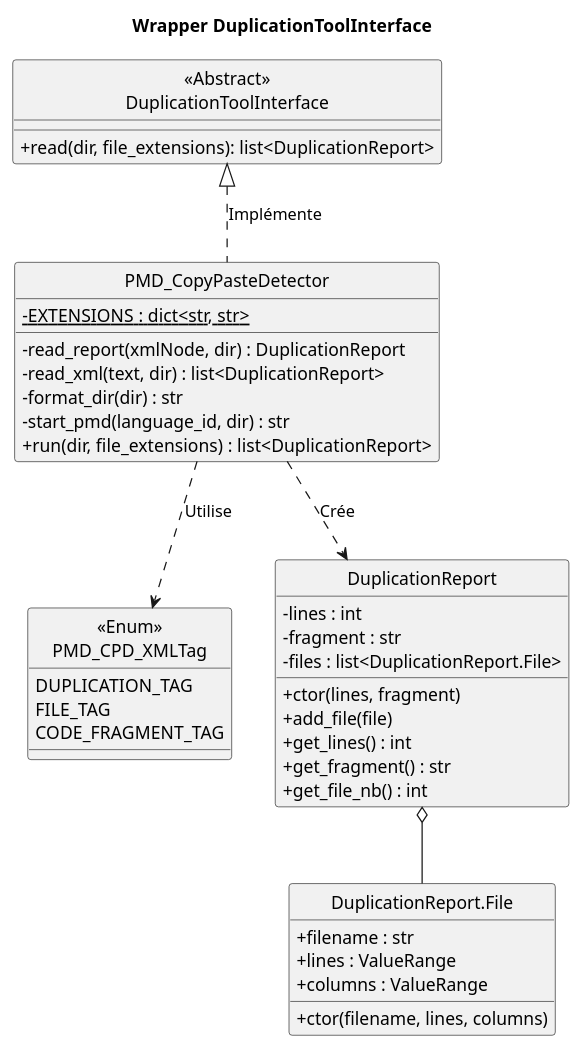
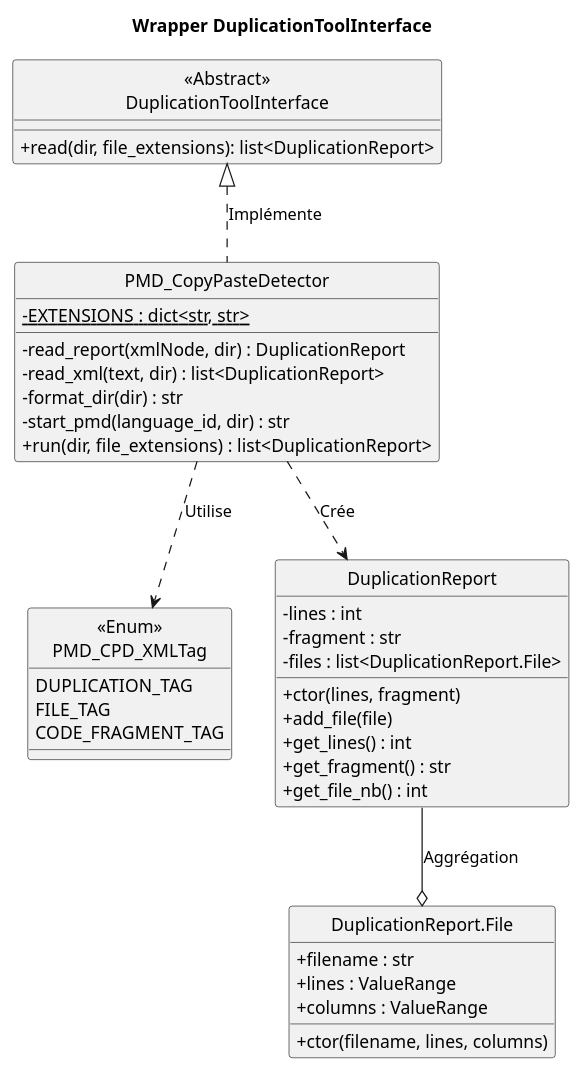
Before and after one commit to CAMaji/technical_debts: the diagram in doc/wiki/puml/duplication_pmd_cpd.puml, drawn with PlantUML. The commit also changed 6 other files, not shown here.

```diff
--- a/doc/wiki/puml/duplication_pmd_cpd.puml
+++ b/doc/wiki/puml/duplication_pmd_cpd.puml
@@ -1,48 +1,48 @@
 @startuml duplication_pmd_cpd
 hide circle
 skinparam classAttributeIconSize 0
 title Wrapper DuplicationToolInterface
 
 class "<<Abstract>>\nDuplicationToolInterface" as DuplicationToolInterface {
     + read(dir, file_extensions): list<DuplicationReport>
 }
 
 class PMD_CopyPasteDetector {
     - {static} EXTENSIONS : dict<str, str>
     - read_report(xmlNode, dir) : DuplicationReport
     - read_xml(text, dir) : list<DuplicationReport>
     - format_dir(dir) : str
     - start_pmd(language_id, dir) : str
     + run(dir, file_extensions) : list<DuplicationReport>
 }
 
 enum "<<Enum>>\nPMD_CPD_XMLTag" as PMD_CPD_XMLTag {
     DUPLICATION_TAG
     FILE_TAG
     CODE_FRAGMENT_TAG
 }
 
 class DuplicationReport {
     - lines : int
     - fragment : str
     - files : list<DuplicationReport.File>
     + ctor(lines, fragment)
     + add_file(file)
     + get_lines() : int
     + get_fragment() : str
     + get_file_nb() : int
 }
 
 class "DuplicationReport.File" as DRFile {
     + filename : str
     + lines : ValueRange
     + columns : ValueRange
     + ctor(filename, lines, columns)
 }
 
-DuplicationReport o-down- DRFile
+DuplicationReport -down-o DRFile : "Aggrégation"
 PMD_CopyPasteDetector .up.|> DuplicationToolInterface : "Implémente"
 PMD_CopyPasteDetector .down.> PMD_CPD_XMLTag : "Utilise"
 PMD_CopyPasteDetector .down.> DuplicationReport : "Crée"
 
 @enduml
```
